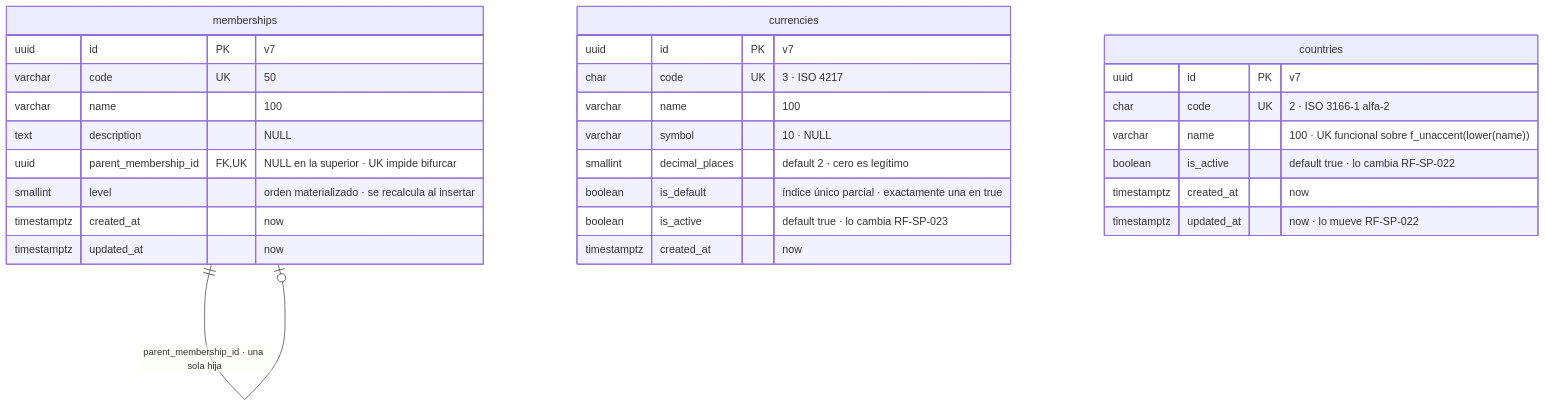
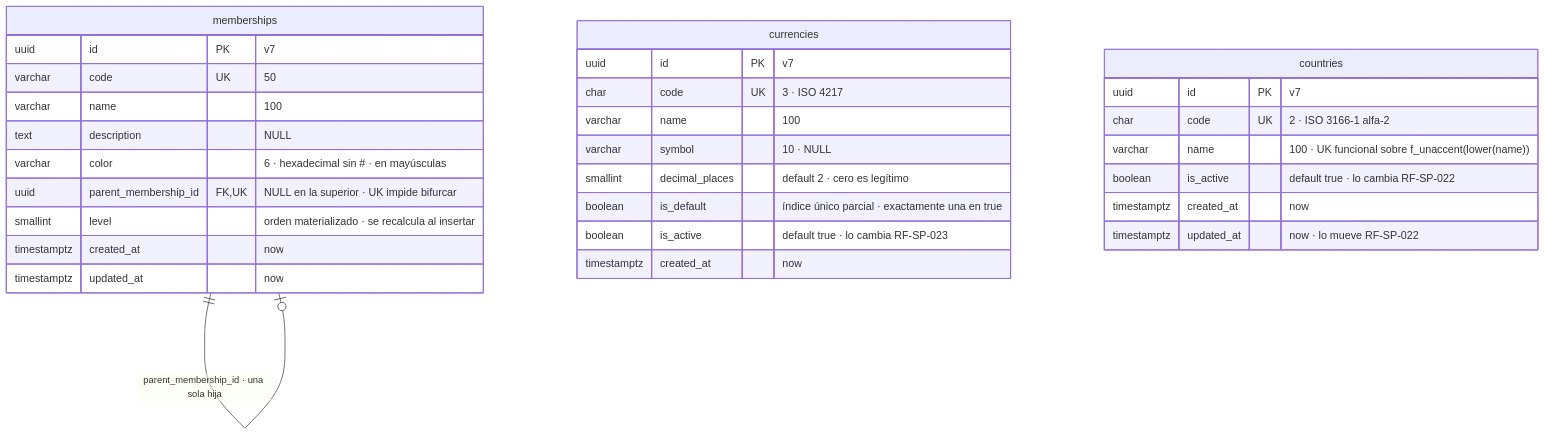
Before and after one commit to NexusPro-Dev/backend: the second of 4 diagrams in docs/modelo-datos.md, drawn with Mermaid. The commit also changed other lines of this file and 32 other files, not shown here.

````diff
--- a/docs/modelo-datos.md
+++ b/docs/modelo-datos.md
@@ -165,35 +166,36 @@
 ```mermaid
 erDiagram
     memberships ||--o| memberships : "parent_membership_id · una sola hija"
 
     memberships {
         uuid id PK "v7"
         varchar code UK "50"
         varchar name "100"
         text description "NULL"
+        varchar color "6 · hexadecimal sin # · en mayúsculas"
         uuid parent_membership_id FK,UK "NULL en la superior · UK impide bifurcar"
         smallint level "orden materializado · se recalcula al insertar"
         timestamptz created_at "now"
         timestamptz updated_at "now"
     }
 
     currencies {
         uuid id PK "v7"
         char code UK "3 · ISO 4217"
         varchar name "100"
         varchar symbol "10 · NULL"
         smallint decimal_places "default 2 · cero es legítimo"
         boolean is_default "índice único parcial · exactamente una en true"
         boolean is_active "default true · lo cambia RF-SP-023"
         timestamptz created_at "now"
     }
 
     countries {
         uuid id PK "v7"
         char code UK "2 · ISO 3166-1 alfa-2"
         varchar name "100 · UK funcional sobre f_unaccent(lower(name))"
         boolean is_active "default true · lo cambia RF-SP-022"
         timestamptz created_at "now"
         timestamptz updated_at "now · lo mueve RF-SP-022"
     }
 ```
````
